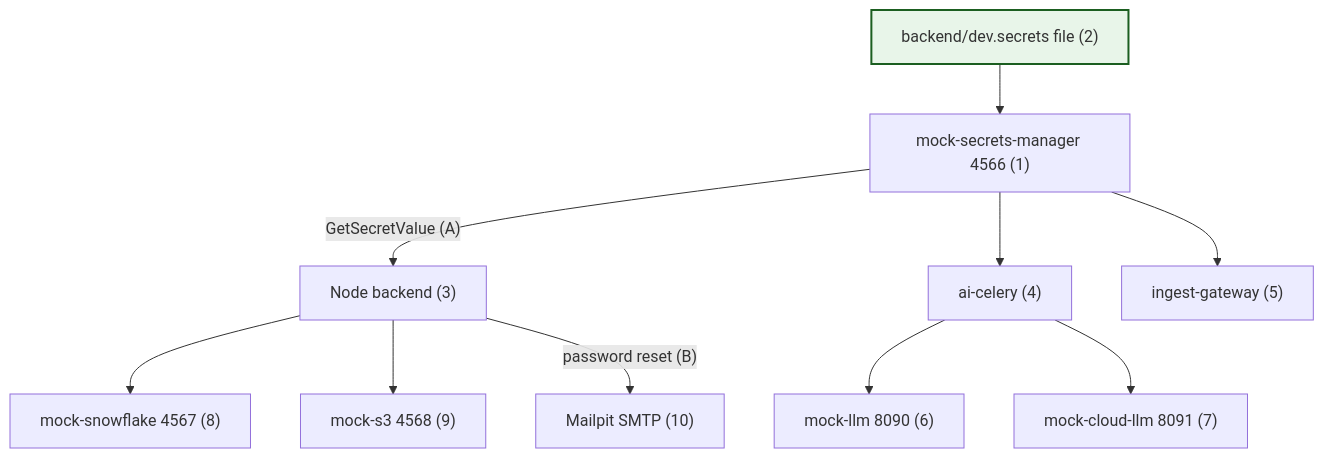
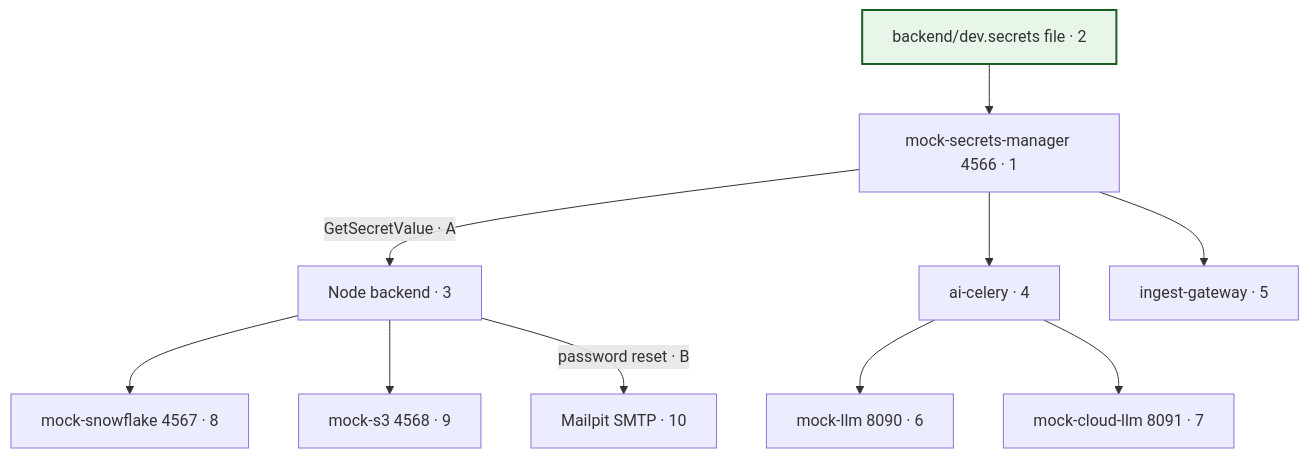
Before and after one commit to OferElboher/suspicious-email-triage: the seventh of 9 diagrams in docs/arch_guide_system_flowchart.md, drawn with Mermaid. The commit also changed other lines of this file and 18 other files, not shown here.

First line of the commit message:
Align flowchart Mermaid syntax with comprehensive guide arrowheads.

````diff
--- a/docs/arch_guide_system_flowchart.md
+++ b/docs/arch_guide_system_flowchart.md
@@ -471,27 +471,27 @@
 ```mermaid
 flowchart TB
   classDef flowEntry fill:#e8f5e9,stroke:#1b5e20,stroke-width:2px
 
-  SEC["mock-secrets-manager 4566 (1)"]
-  DEV["backend/dev.secrets file (2)"]
-  N["Node backend (3)"]
-  PY["ai-celery (4)"]
-  GW["ingest-gateway (5)"]
-  MLLM["mock-llm 8090 (6)"]
-  MCL["mock-cloud-llm 8091 (7)"]
-  MSF["mock-snowflake 4567 (8)"]
-  MS3["mock-s3 4568 (9)"]
-  MP["Mailpit SMTP (10)"]
+  SEC["mock-secrets-manager 4566 · 1"]
+  DEV["backend/dev.secrets file · 2"]
+  N["Node backend · 3"]
+  PY["ai-celery · 4"]
+  GW["ingest-gateway · 5"]
+  MLLM["mock-llm 8090 · 6"]
+  MCL["mock-cloud-llm 8091 · 7"]
+  MSF["mock-snowflake 4567 · 8"]
+  MS3["mock-s3 4568 · 9"]
+  MP["Mailpit SMTP · 10"]
 
   DEV --> SEC
-  SEC -->|"GetSecretValue (A)"| N
+  SEC -->|GetSecretValue · A| N
   SEC --> PY
   SEC --> GW
   PY --> MLLM
   PY --> MCL
   N --> MSF
   N --> MS3
-  N -->|"password reset (B)"| MP
+  N -->|password reset · B| MP
 
   class DEV flowEntry
 ```
````
